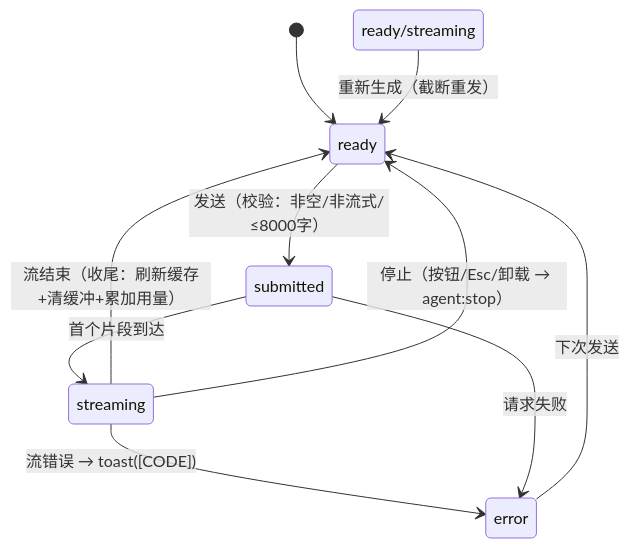
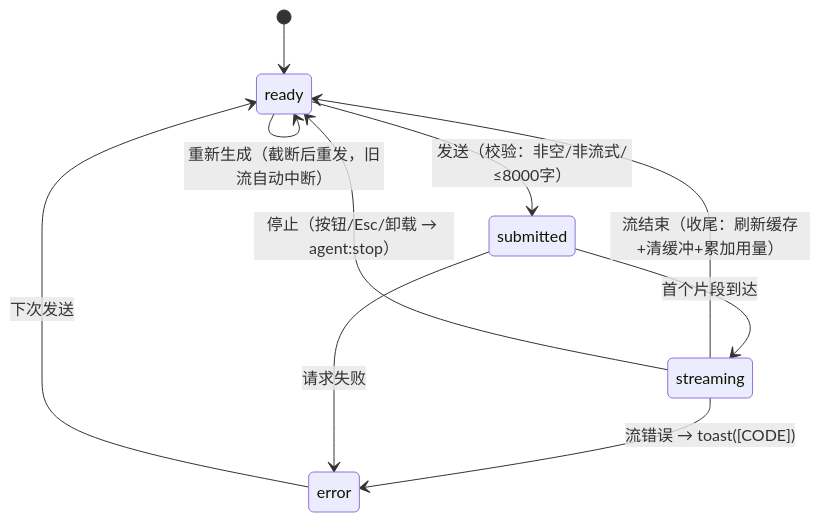
One commit to zlh12331/superagent changed the tenth of 21 diagrams in docs/design/09-ux-interaction-spec.md. Above: the diagram before and after it, drawn with Mermaid. The commit also changed other lines of this file, not shown here.

Commit message:
docs: fix mermaid syntax (escape angle brackets, subgraph ids, state transitions)

````diff
--- a/docs/design/09-ux-interaction-spec.md
+++ b/docs/design/09-ux-interaction-spec.md
@@ -378,12 +378,12 @@
 ```mermaid
 stateDiagram-v2
   [*] --> ready
   ready --> submitted: 发送（校验：非空/非流式/≤8000字）
   submitted --> streaming: 首个片段到达
   streaming --> ready: 流结束（收尾：刷新缓存+清缓冲+累加用量）
   streaming --> error: 流错误 → toast([CODE])
   submitted --> error: 请求失败
   error --> ready: 下次发送
   streaming --> ready: 停止（按钮/Esc/卸载 → agent:stop）
-  ready/streaming --> ready: 重新生成（截断重发）
+  ready --> ready: 重新生成（截断后重发，旧流自动中断）
 ```
````
